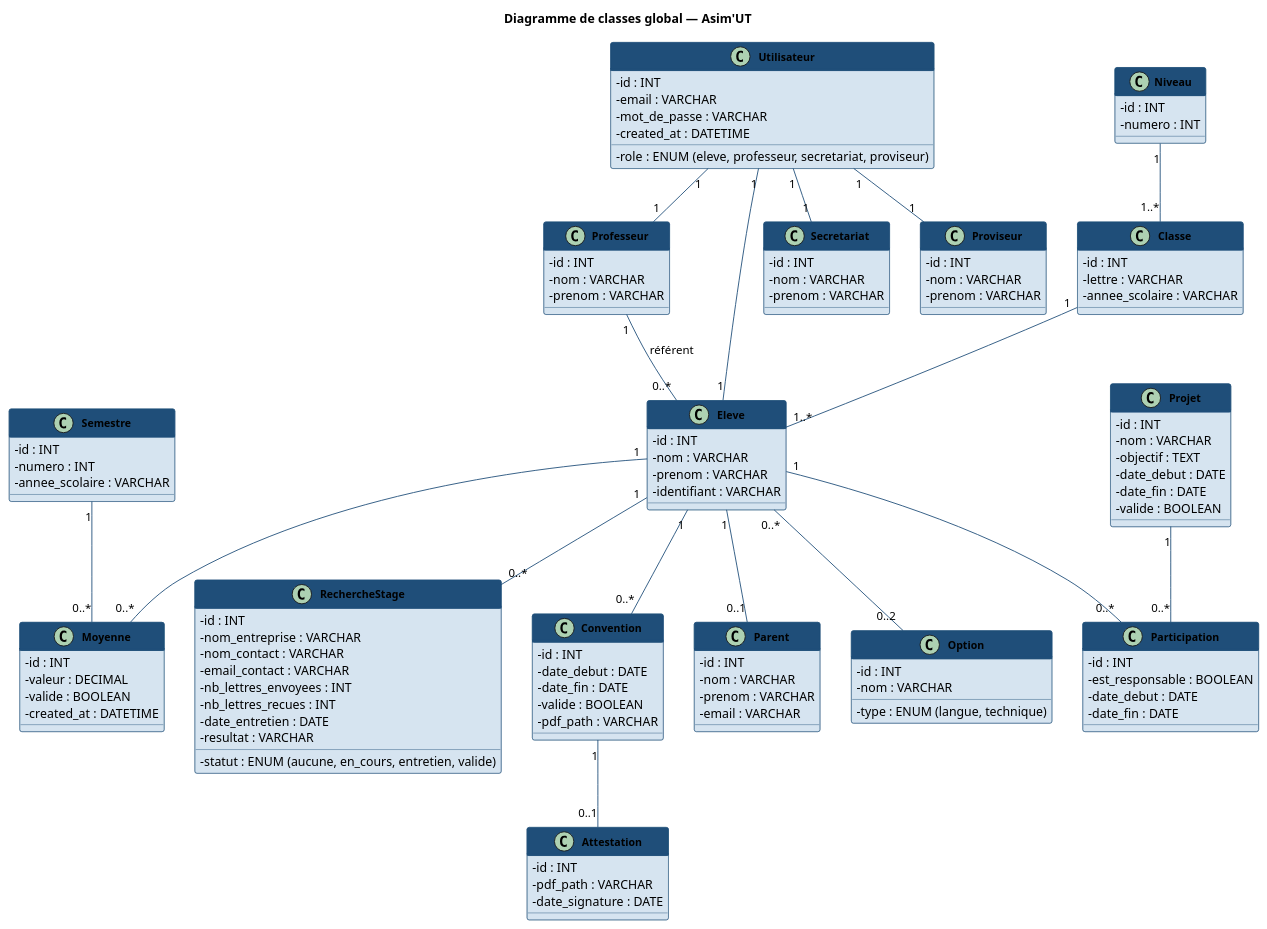
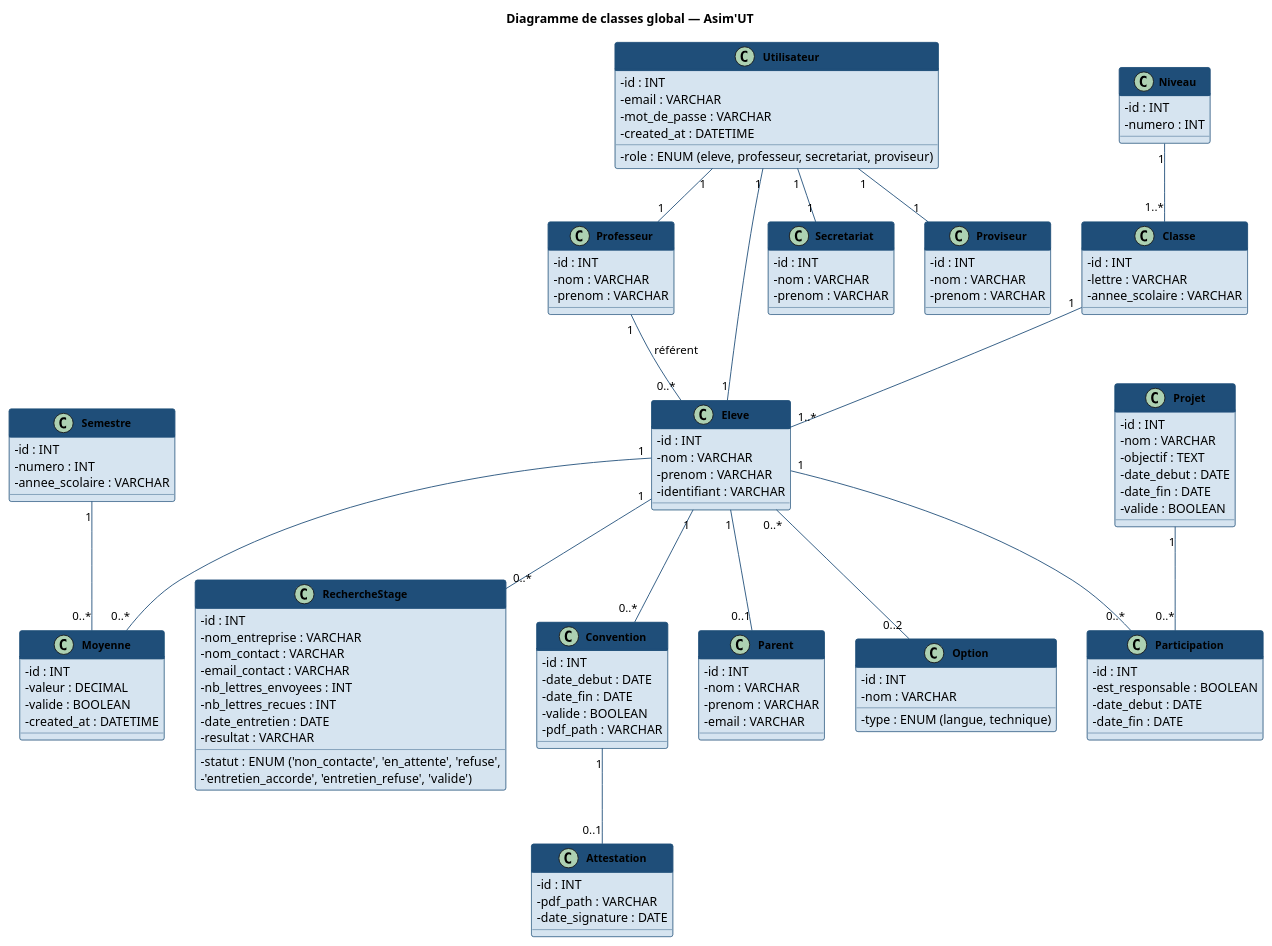
Before and after one commit to imraan0/asimut: the diagram in docs/uml/classes_global.puml, drawn with PlantUML. The commit also changed 2 other files, not shown here.

```diff
--- a/docs/uml/classes_global.puml
+++ b/docs/uml/classes_global.puml
@@ -1,165 +1,166 @@
 @startuml classes_global
 
 title Diagramme de classes global — Asim'UT
 
 skinparam classAttributeIconSize 0
 skinparam classFontSize 12
 skinparam classFontStyle bold
 skinparam classBackgroundColor #D6E4F0
 skinparam classBorderColor #1F4E79
 skinparam ArrowColor #1F4E79
 skinparam class {
     HeaderBackgroundColor #1F4E79
     HeaderFontColor #FFFFFF
     HeaderFontSize 13
 }
 
 ' ── Authentification ─────────────────────────────
 class Utilisateur {
     - id : INT
     - email : VARCHAR
     - mot_de_passe : VARCHAR
     - role : ENUM (eleve, professeur, secretariat, proviseur)
     - created_at : DATETIME
 }
 
 ' ── Personnel ────────────────────────────────────
 class Professeur {
     - id : INT
     - nom : VARCHAR
     - prenom : VARCHAR
 }
 
 class Secretariat {
     - id : INT
     - nom : VARCHAR
     - prenom : VARCHAR
 }
 
 class Proviseur {
     - id : INT
     - nom : VARCHAR
     - prenom : VARCHAR
 }
 
 ' ── Scolarité ────────────────────────────────────
 class Niveau {
     - id : INT
     - numero : INT
 }
 
 class Classe {
     - id : INT
     - lettre : VARCHAR
     - annee_scolaire : VARCHAR
 }
 
 class Eleve {
     - id : INT
     - nom : VARCHAR
     - prenom : VARCHAR
     - identifiant : VARCHAR
 }
 
 class Parent {
     - id : INT
     - nom : VARCHAR
     - prenom : VARCHAR
     - email : VARCHAR
 }
 
 class Semestre {
     - id : INT
     - numero : INT
     - annee_scolaire : VARCHAR
 }
 
 class Moyenne {
     - id : INT
     - valeur : DECIMAL
     - valide : BOOLEAN
     - created_at : DATETIME
 }
 
 ' ── Stages ───────────────────────────────────────
 class RechercheStage {
     - id : INT
     - nom_entreprise : VARCHAR
     - nom_contact : VARCHAR
     - email_contact : VARCHAR
     - nb_lettres_envoyees : INT
     - nb_lettres_recues : INT
     - date_entretien : DATE
     - resultat : VARCHAR
-    - statut : ENUM (aucune, en_cours, entretien, valide)
+    - statut : ENUM ('non_contacte', 'en_attente', 'refuse',
+    - 'entretien_accorde', 'entretien_refuse', 'valide')
 }
 
 class Convention {
     - id : INT
     - date_debut : DATE
     - date_fin : DATE
     - valide : BOOLEAN
     - pdf_path : VARCHAR
 }
 
 class Attestation {
     - id : INT
     - pdf_path : VARCHAR
     - date_signature : DATE
 }
 
 ' ── Projets ──────────────────────────────────────
 class Projet {
     - id : INT
     - nom : VARCHAR
     - objectif : TEXT
     - date_debut : DATE
     - date_fin : DATE
     - valide : BOOLEAN
 }
 
 class Participation {
     - id : INT
     - est_responsable : BOOLEAN
     - date_debut : DATE
     - date_fin : DATE
 }
 
 ' ── Options ──────────────────────────────────────
 class Option {
     - id : INT
     - nom : VARCHAR
     - type : ENUM (langue, technique)
 }
 
 ' ── Relations ────────────────────────────────────
 
 ' Authentification
 Utilisateur "1" -- "1" Eleve
 Utilisateur "1" -- "1" Professeur
 Utilisateur "1" -- "1" Secretariat
 Utilisateur "1" -- "1" Proviseur
 
 ' Scolarité
 Niveau "1" -- "1..*" Classe
 Classe "1" -- "1..*" Eleve
 Eleve "1" -- "0..1" Parent
 Professeur "1" -- "0..*" Eleve : référent
 
 ' Moyennes
 Eleve "1" -- "0..*" Moyenne
 Semestre "1" -- "0..*" Moyenne
 
 ' Stages
 Eleve "1" -- "0..*" RechercheStage
 Eleve "1" -- "0..*" Convention
 Convention "1" -- "0..1" Attestation
 
 ' Projets
 Eleve "1" -- "0..*" Participation
 Projet "1" -- "0..*" Participation
 
 ' Options
 Eleve "0..*" -- "0..2" Option
 
 @enduml
```
